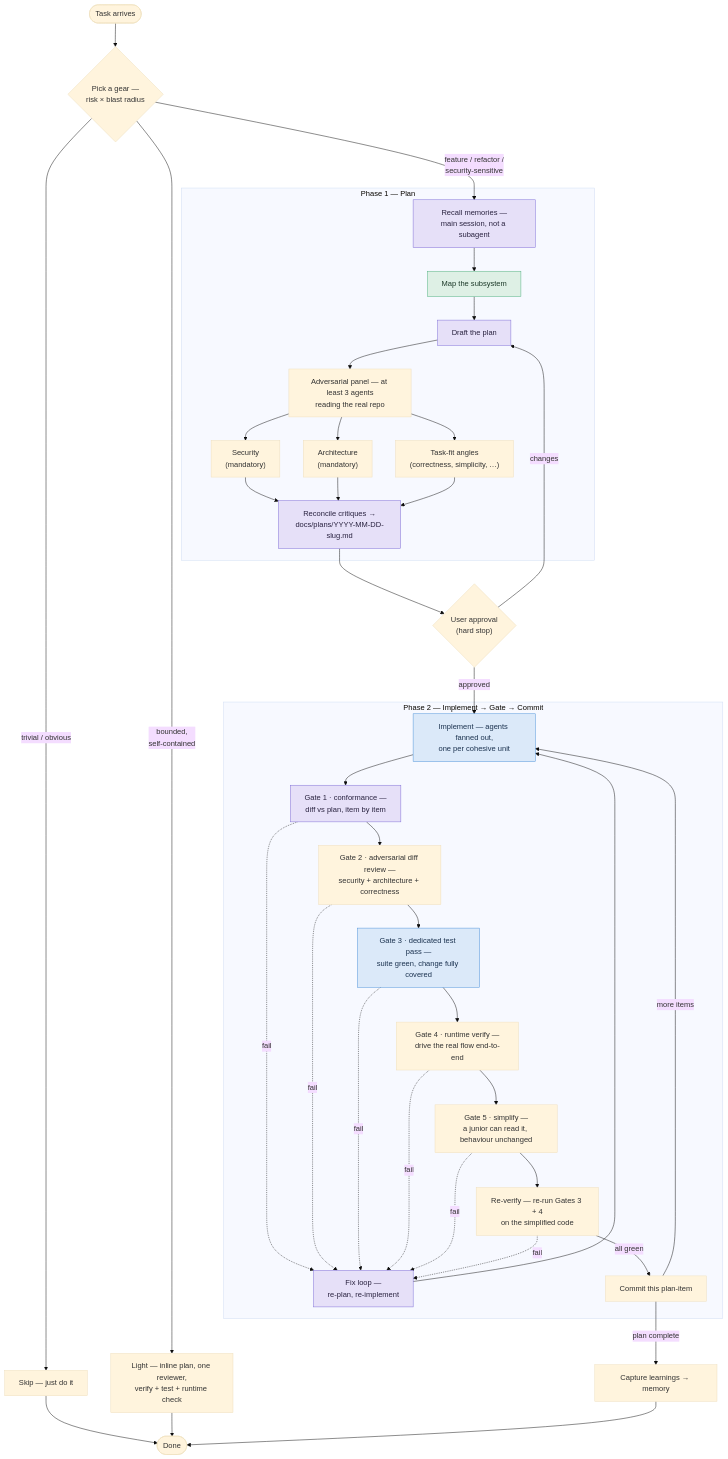
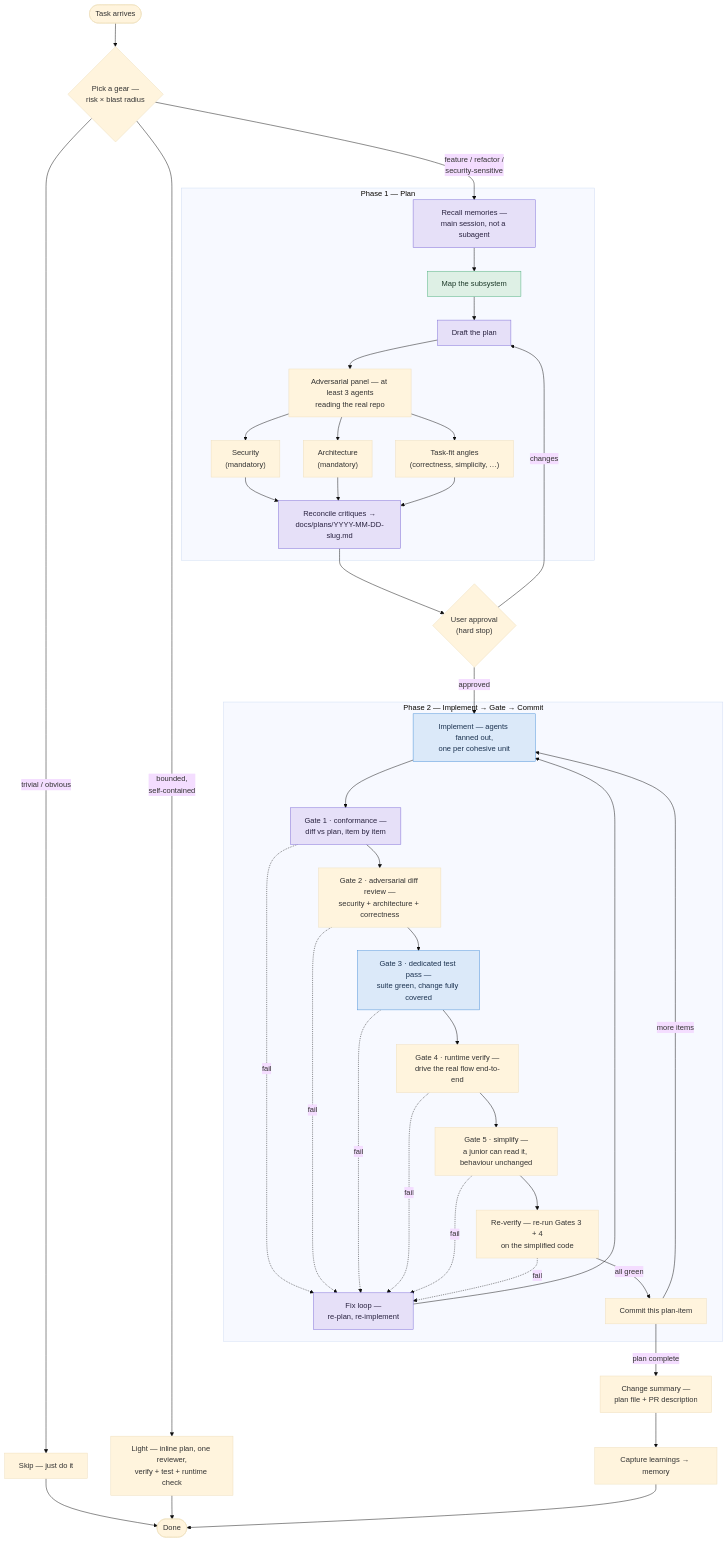
Before and after one commit to JulesNsenda/claude-workflow: the diagram in README.md, drawn with Mermaid (base theme). The commit also changed other lines of this file and 3 other files, not shown here.

First line of the commit message:
feat(plan-gates): write a plain-language change summary after the plan

````diff
--- a/README.md
+++ b/README.md
@@ -56,52 +57,53 @@
 ```mermaid
 flowchart TD
     Task([Task arrives]) --> Gear{"Pick a gear —<br/>risk × blast radius"}
     Gear -->|"trivial / obvious"| Skip["Skip — just do it"]
     Gear -->|"bounded,<br/>self-contained"| Light["Light — inline plan, one reviewer,<br/>verify + test + runtime check"]
     Gear -->|"feature / refactor /<br/>security-sensitive"| Orient
 
     subgraph P1["Phase 1 — Plan"]
         Orient["Recall memories —<br/>main session, not a subagent"]:::frontier --> Map["Map the subsystem"]:::fast
         Map --> Draft["Draft the plan"]:::frontier
         Draft --> Panel["Adversarial panel — at least 3 agents<br/>reading the real repo"]
         Panel --> Sec["Security<br/>(mandatory)"]
         Panel --> Arch["Architecture<br/>(mandatory)"]
         Panel --> Fit["Task-fit angles<br/>(correctness, simplicity, …)"]
         Sec --> Reconcile["Reconcile critiques →<br/>docs/plans/YYYY-MM-DD-slug.md"]:::frontier
         Arch --> Reconcile
         Fit --> Reconcile
     end
 
     Reconcile --> Approve{"User approval<br/>(hard stop)"}
     Approve -->|"changes"| Draft
     Approve -->|"approved"| Impl
 
     subgraph P2["Phase 2 — Implement → Gate → Commit"]
         Impl["Implement — agents fanned out,<br/>one per cohesive unit"]:::mid --> G1
         G1["Gate 1 · conformance —<br/>diff vs plan, item by item"]:::frontier --> G2
         G2["Gate 2 · adversarial diff review —<br/>security + architecture + correctness"] --> G3
         G3["Gate 3 · dedicated test pass —<br/>suite green, change fully covered"]:::mid --> G4
         G4["Gate 4 · runtime verify —<br/>drive the real flow end-to-end"] --> G5
         G5["Gate 5 · simplify —<br/>a junior can read it, behaviour unchanged"] --> ReV
         ReV["Re-verify — re-run Gates 3 + 4<br/>on the simplified code"]
         Fix["Fix loop —<br/>re-plan, re-implement"]:::frontier
         G1 -. "fail" .-> Fix
         G2 -. "fail" .-> Fix
         G3 -. "fail" .-> Fix
         G4 -. "fail" .-> Fix
         G5 -. "fail" .-> Fix
         ReV -. "fail" .-> Fix
         Fix --> Impl
         ReV -->|"all green"| Commit["Commit this plan-item"]
         Commit -->|"more items"| Impl
     end
 
-    Commit -->|"plan complete"| Capture["Capture learnings → memory"]
+    Commit -->|"plan complete"| Summary["Change summary —<br/>plan file + PR description"]
+    Summary --> Capture["Capture learnings → memory"]
     Skip --> Done([Done])
     Light --> Done
     Capture --> Done
 
     classDef frontier fill:#e6e0f8,stroke:#7c6bd6,color:#2a2340
     classDef mid fill:#dbe9f9,stroke:#4a90d9,color:#1c3350
     classDef fast fill:#def0e5,stroke:#4caf7d,color:#1d3a2a
 ```
````
